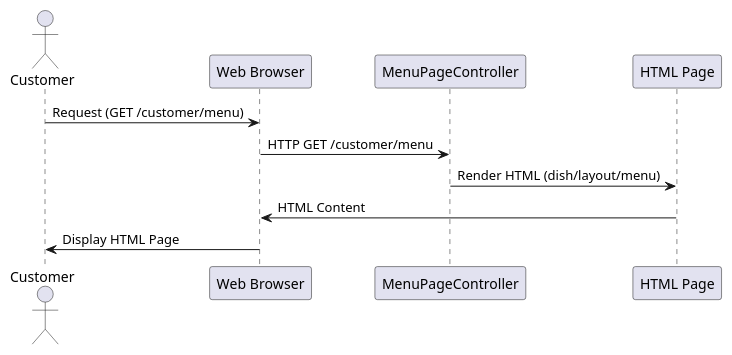
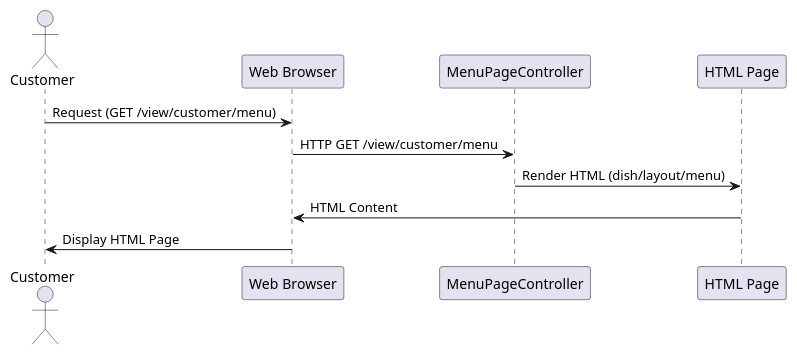
The diagram in uml/customer/MenuPageController.puml (pheninux2/gestork), drawn with PlantUML before and after one commit. The commit also changed 74 other files, not shown here.

```diff
--- a/uml/customer/MenuPageController.puml
+++ b/uml/customer/MenuPageController.puml
@@ -1,12 +1,12 @@
 @startuml
 actor Customer
 participant "Web Browser" as Browser
 participant "MenuPageController" as Controller
 participant "HTML Page" as Page
 
-Customer -> Browser: Request (GET /customer/menu)
-Browser -> Controller: HTTP GET /customer/menu
+Customer -> Browser: Request (GET /view/customer/menu)
+Browser -> Controller: HTTP GET /view/customer/menu
 Controller -> Page: Render HTML (dish/layout/menu)
 Page -> Browser: HTML Content
 Browser -> Customer: Display HTML Page
 @enduml
```
